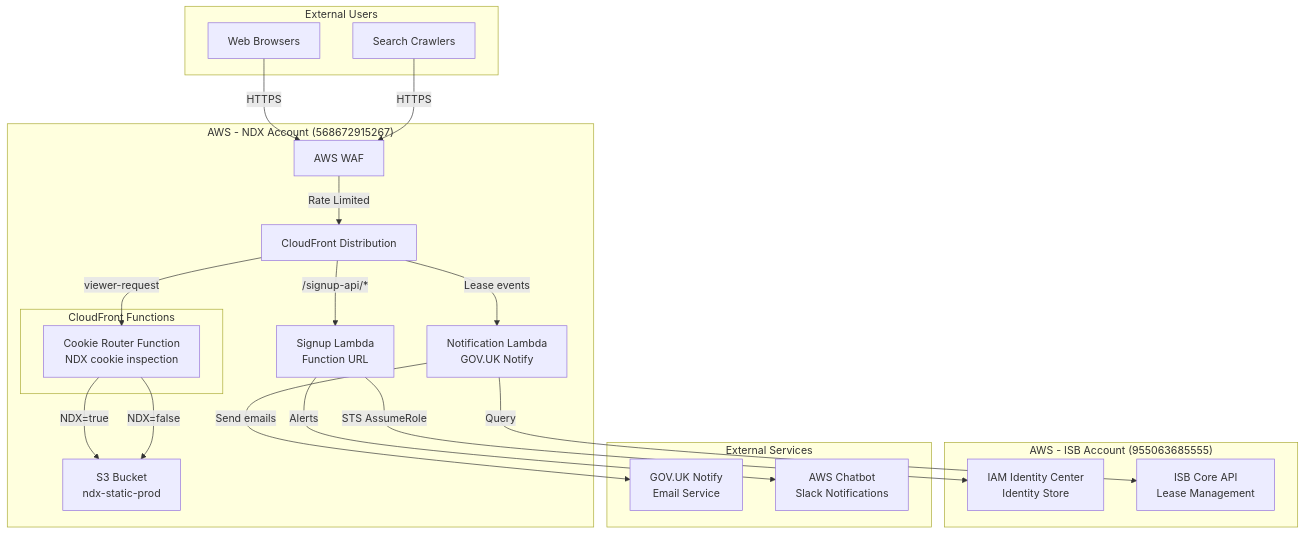
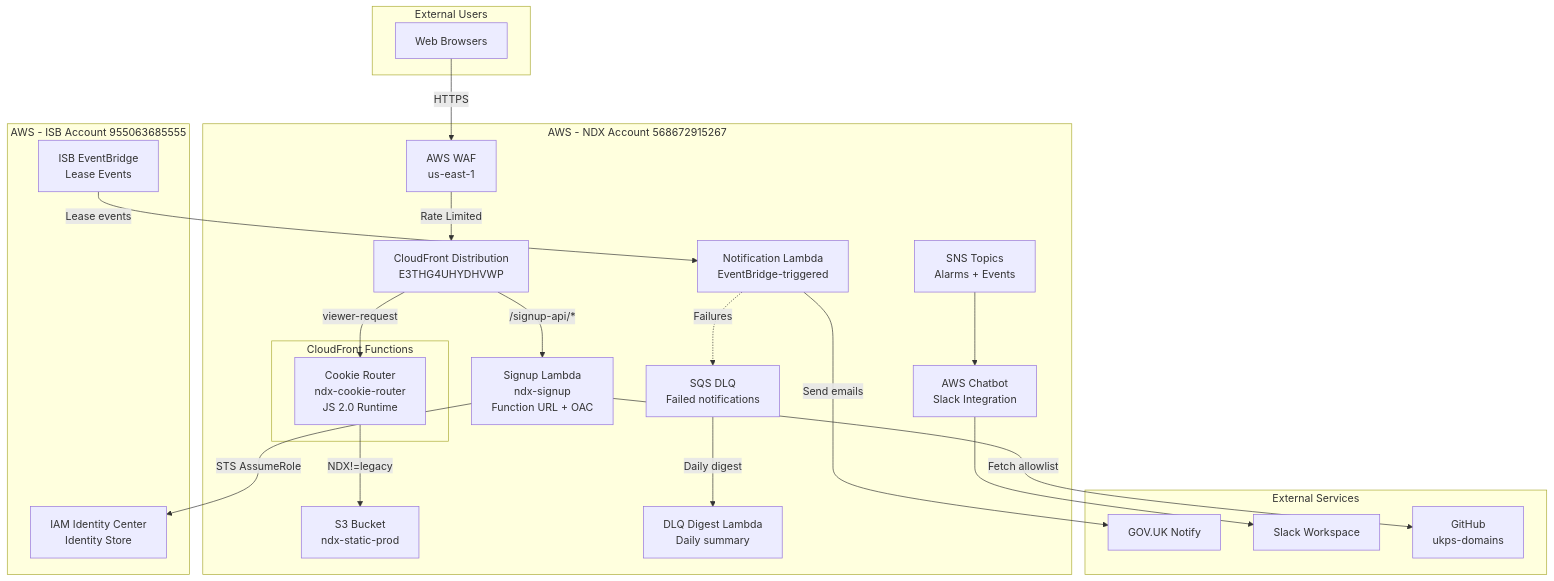
Before and after one commit to co-cddo/ndx-try-arch: the diagram in docs/30-ndx-website.md, drawn with Mermaid. The commit also changed other lines of this file and 41 other files, not shown here.

First line of the commit message:
docs: update NDX architecture documentation (#9)

````diff
--- a/docs/30-ndx-website.md
+++ b/docs/30-ndx-website.md
@@ -27,42 +13,48 @@
 ```mermaid
 graph TB
     subgraph "External Users"
         BROWSER[Web Browsers]
-        CRAWLERS[Search Crawlers]
     end
 
-    subgraph "AWS - NDX Account (568672915267)"
-        CF[CloudFront Distribution]
-        WAF[AWS WAF]
-        S3[S3 Bucket<br/>ndx-static-prod]
-        SIGNUP_LAMBDA[Signup Lambda<br/>Function URL]
-        NOTIF_LAMBDA[Notification Lambda<br/>GOV.UK Notify]
+    subgraph "AWS - NDX Account 568672915267"
+        WAF[AWS WAF<br/>us-east-1]
+        CF[CloudFront Distribution<br/>E3THG4UHYDHVWP]
 
         subgraph "CloudFront Functions"
-            COOKIE_ROUTER[Cookie Router Function<br/>NDX cookie inspection]
+            COOKIE_ROUTER[Cookie Router<br/>ndx-cookie-router<br/>JS 2.0 Runtime]
         end
+
+        S3[S3 Bucket<br/>ndx-static-prod]
+        SIGNUP_LAMBDA[Signup Lambda<br/>ndx-signup<br/>Function URL + OAC]
+        NOTIF_LAMBDA[Notification Lambda<br/>EventBridge-triggered]
+        DLQ[SQS DLQ<br/>Failed notifications]
+        DLQ_DIGEST[DLQ Digest Lambda<br/>Daily summary]
+        SNS_ALERTS[SNS Topics<br/>Alarms + Events]
+        CHATBOT[AWS Chatbot<br/>Slack Integration]
     end
 
-    subgraph "AWS - ISB Account (955063685555)"
+    subgraph "AWS - ISB Account 955063685555"
         IDC[IAM Identity Center<br/>Identity Store]
-        ISB_API[ISB Core API<br/>Lease Management]
+        ISB_EVENTBUS[ISB EventBridge<br/>Lease Events]
     end
 
     subgraph "External Services"
-        NOTIFY[GOV.UK Notify<br/>Email Service]
-        SLACK[AWS Chatbot<br/>Slack Notifications]
+        NOTIFY[GOV.UK Notify]
+        SLACK[Slack Workspace]
+        GITHUB_DOMAINS[GitHub<br/>ukps-domains]
     end
 
     BROWSER -->|HTTPS| WAF
-    CRAWLERS -->|HTTPS| WAF
     WAF -->|Rate Limited| CF
     CF -->|viewer-request| COOKIE_ROUTER
-    COOKIE_ROUTER -->|NDX=true| S3
-    COOKIE_ROUTER -->|NDX=false| S3
+    COOKIE_ROUTER -->|NDX!=legacy| S3
     CF -->|/signup-api/*| SIGNUP_LAMBDA
     SIGNUP_LAMBDA -->|STS AssumeRole| IDC
-    CF -->|Lease events| NOTIF_LAMBDA
+    SIGNUP_LAMBDA -->|Fetch allowlist| GITHUB_DOMAINS
+    ISB_EVENTBUS -->|Lease events| NOTIF_LAMBDA
     NOTIF_LAMBDA -->|Send emails| NOTIFY
-    NOTIF_LAMBDA -->|Query| ISB_API
-    SIGNUP_LAMBDA -->|Alerts| SLACK
+    NOTIF_LAMBDA -.->|Failures| DLQ
+    DLQ -->|Daily digest| DLQ_DIGEST
+    SNS_ALERTS --> CHATBOT
+    CHATBOT --> SLACK
 ```
````
